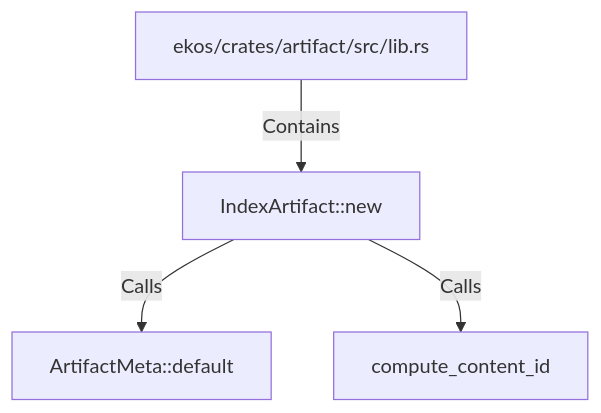
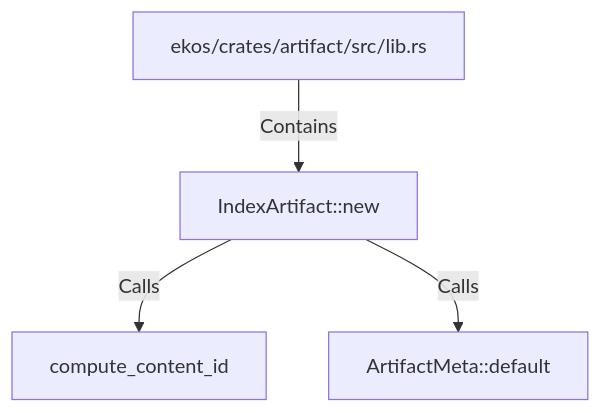
Before and after one commit to alexeyban/EKOS: the diagram in doc/entities/rustsymbol/in/indexartifact-new.md, drawn with Mermaid. The commit also changed other lines of this file and 552 other files, not shown here.

````diff
--- a/doc/entities/rustsymbol/in/indexartifact-new.md
+++ b/doc/entities/rustsymbol/in/indexartifact-new.md
@@ -22,10 +22,10 @@
 ```mermaid
 graph TD
     n08ac6aa919bb50b59291fc045349dd29["IndexArtifact::new"]
     n918532b1739051288de5faf4f7a91daf["ekos/crates/artifact/src/lib.rs"]
     n918532b1739051288de5faf4f7a91daf -->|Contains| n08ac6aa919bb50b59291fc045349dd29
+    n68328ad4597d5947afb08d5a0804e3dd["compute_content_id"]
+    n08ac6aa919bb50b59291fc045349dd29 -->|Calls| n68328ad4597d5947afb08d5a0804e3dd
     n75608e6dce35532197aff8b9d4f486b2["ArtifactMeta::default"]
     n08ac6aa919bb50b59291fc045349dd29 -->|Calls| n75608e6dce35532197aff8b9d4f486b2
-    n68328ad4597d5947afb08d5a0804e3dd["compute_content_id"]
-    n08ac6aa919bb50b59291fc045349dd29 -->|Calls| n68328ad4597d5947afb08d5a0804e3dd
 ```
````
